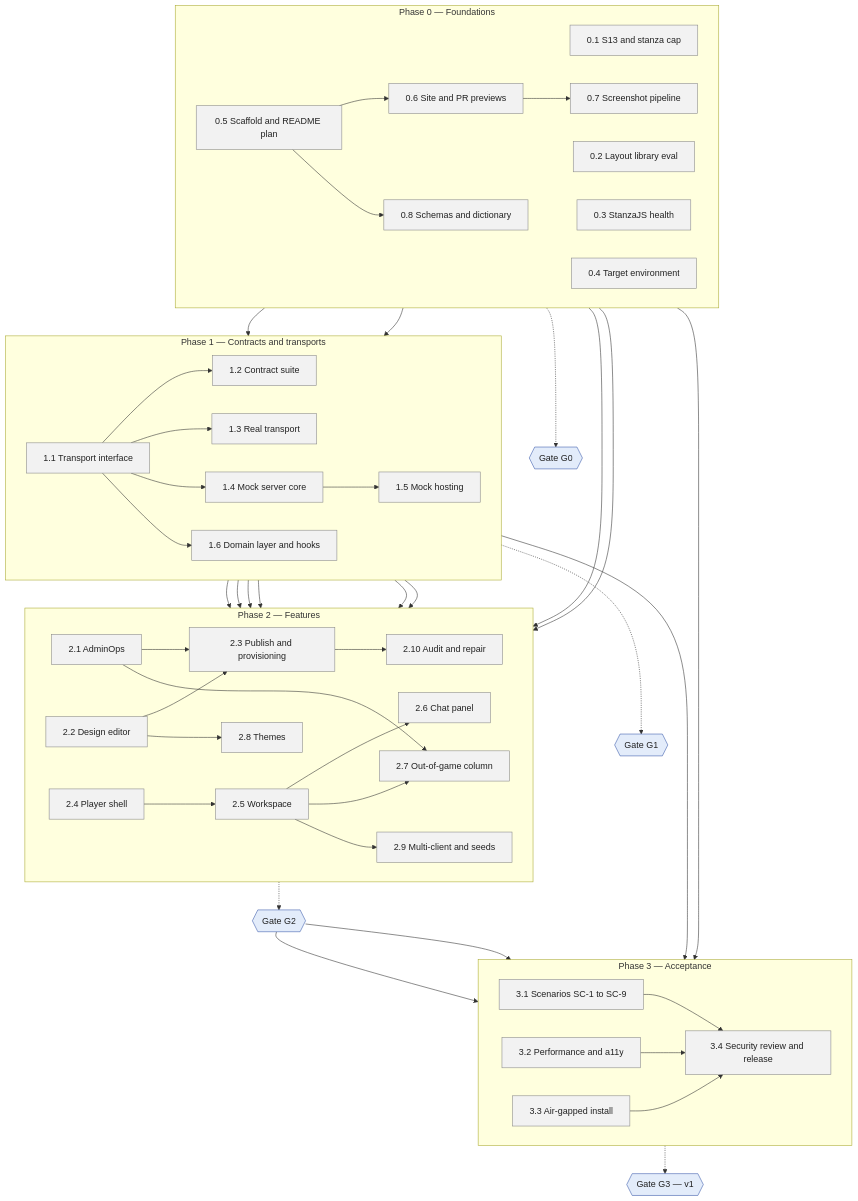
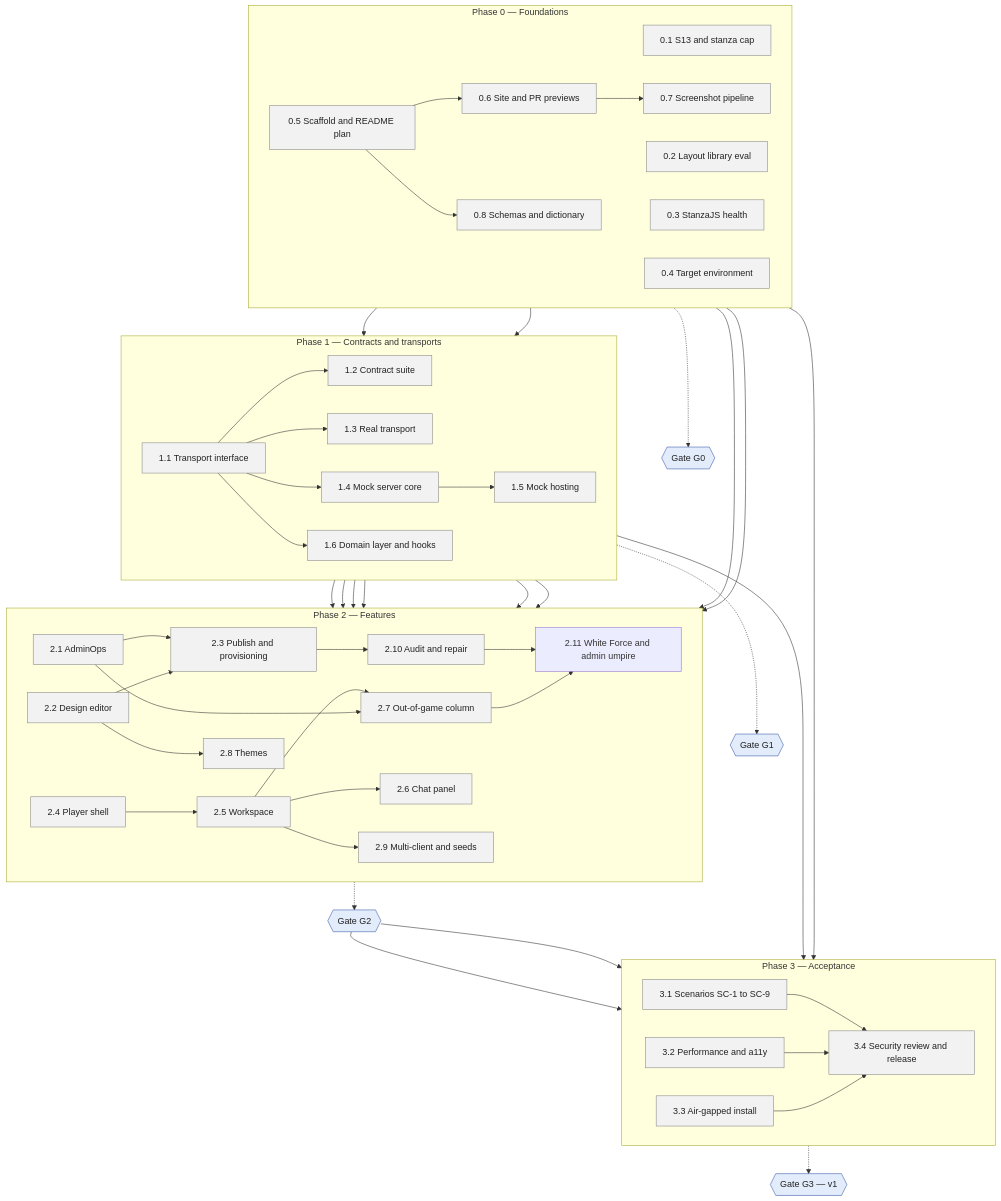
Before and after one commit to serge-web/war-rooms-x2: the diagram in WRX1-Dev-Plan.md, drawn with Mermaid. The commit also changed other lines of this file and 3 other files, not shown here.

First line of the commit message:
SRD: the White Force, the admin as umpire, and White observers' rooms; add WP 2.11

````diff
--- a/WRX1-Dev-Plan.md
+++ b/WRX1-Dev-Plan.md
@@ -86,75 +87,77 @@
 ```mermaid
 flowchart TB
     subgraph P0["Phase 0 — Foundations"]
         direction LR
         wp01["0.1 S13 and stanza cap"]
         wp02["0.2 Layout library eval"]
         wp03["0.3 StanzaJS health"]
         wp04["0.4 Target environment"]
         wp05["0.5 Scaffold and README plan"]
         wp06["0.6 Site and PR previews"]
         wp07["0.7 Screenshot pipeline"]
         wp08["0.8 Schemas and dictionary"]
     end
     subgraph P1["Phase 1 — Contracts and transports"]
         direction LR
         wp11["1.1 Transport interface"]
         wp12["1.2 Contract suite"]
         wp13["1.3 Real transport"]
         wp14["1.4 Mock server core"]
         wp15["1.5 Mock hosting"]
         wp16["1.6 Domain layer and hooks"]
     end
     subgraph P2["Phase 2 — Features"]
         direction LR
         wp21["2.1 AdminOps"]
         wp22["2.2 Design editor"]
         wp23["2.3 Publish and provisioning"]
         wp210["2.10 Audit and repair"]
+        wp211["2.11 White Force and admin umpire"]
         wp24["2.4 Player shell"]
         wp25["2.5 Workspace"]
         wp26["2.6 Chat panel"]
         wp27["2.7 Out-of-game column"]
         wp28["2.8 Themes"]
         wp29["2.9 Multi-client and seeds"]
     end
     subgraph P3["Phase 3 — Acceptance"]
         direction LR
         wp31["3.1 Scenarios SC-1 to SC-9"]
         wp32["3.2 Performance and a11y"]
         wp33["3.3 Air-gapped install"]
         wp34["3.4 Security review and release"]
     end
     G0{{"Gate G0"}}
     G1{{"Gate G1"}}
     G2{{"Gate G2"}}
     G3{{"Gate G3 — v1"}}
 
     wp05 --> wp06 --> wp07
     wp05 --> wp08
     wp03 & wp08 --> wp11
     wp11 --> wp12 & wp13 & wp14 & wp16
     wp14 --> wp15
     wp13 & wp16 & wp01 --> wp21
     wp16 --> wp22
     wp21 & wp22 --> wp23 --> wp210
+    wp210 & wp27 --> wp211
     wp16 --> wp24
     wp02 & wp24 --> wp25 --> wp26
     wp25 & wp21 --> wp27
     wp16 & wp22 --> wp28
     wp15 & wp25 --> wp29
     wp04 & wp13 --> wp33
     wp31 & wp32 & wp33 --> wp34
     P0 -.-> G0
     P1 -.-> G1
     P2 -.-> G2
     G2 --> wp31 & wp32
     P3 -.-> G3
 
     classDef todo fill:#f2f2f2,stroke:#888,color:#222
     classDef active fill:#fff1c2,stroke:#c9a000,color:#222,stroke-width:2px
     classDef done fill:#d6f0dc,stroke:#2e7d32,color:#222
     classDef gate fill:#e3ecfa,stroke:#3b5bab,color:#222
     class wp01,wp02,wp03,wp04,wp05,wp06,wp07,wp08,wp11,wp12,wp13,wp14,wp15,wp16,wp21,wp22,wp23,wp210,wp24,wp25,wp26,wp27,wp28,wp29,wp31,wp32,wp33,wp34 todo
     class G0,G1,G2,G3 gate
 ```
````
